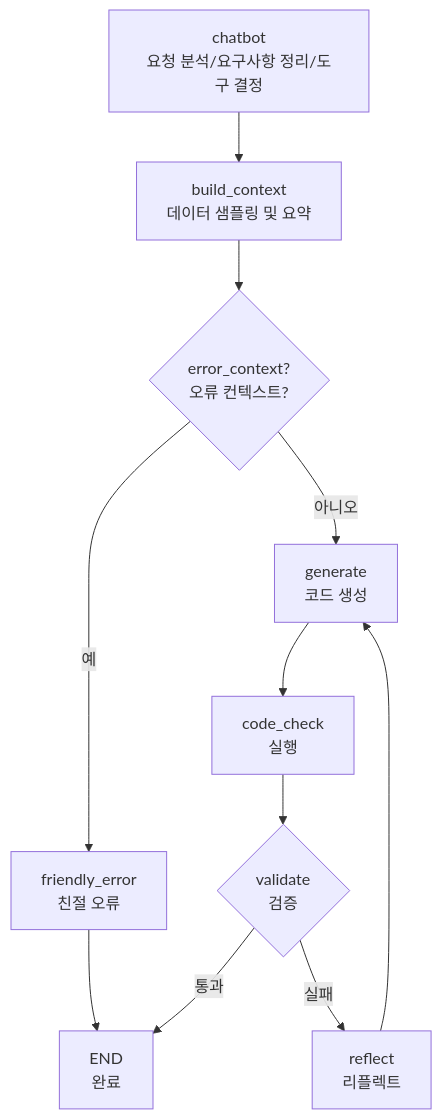
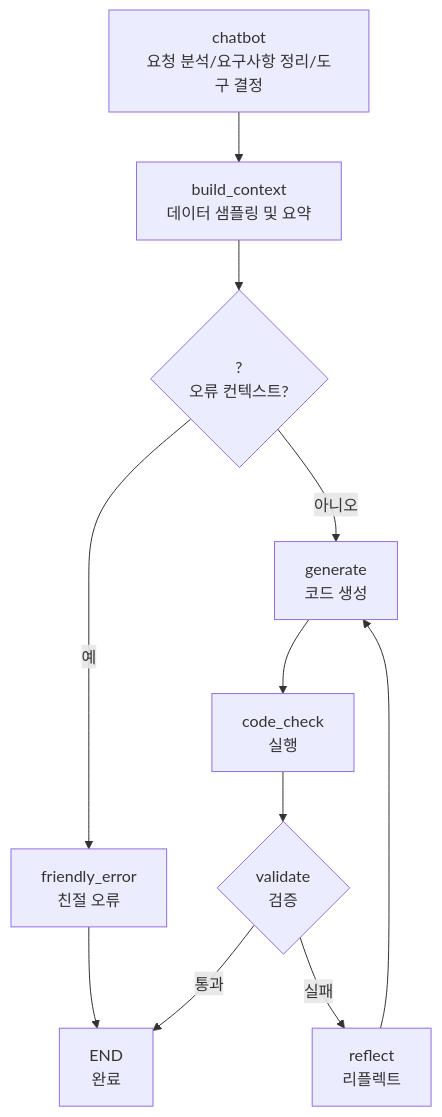
Before and after one commit to sonsukwoo/Data_preprocessing_auto: the second of 3 diagrams in README.md, drawn with Mermaid.

````diff
--- a/README.md
+++ b/README.md
@@ -117,11 +117,11 @@
 ```mermaid
 flowchart TD
   B[chatbot<br/>요청 분석/요구사항 정리/도구 결정] --> C[build_context<br/>데이터 샘플링 및 요약]
-  C --> D{error_context?<br/>오류 컨텍스트?}
+  C --> D{?<br/>오류 컨텍스트?}
   D -->|예| X[friendly_error<br/>친절 오류] --> H[END<br/>완료]
   D -->|아니오| E[generate<br/>코드 생성]
   E --> F[code_check<br/>실행]
   F --> G{validate<br/>검증}
   G -->|통과| H
   G -->|실패| R[reflect<br/>리플렉트] --> E
 ```
````
